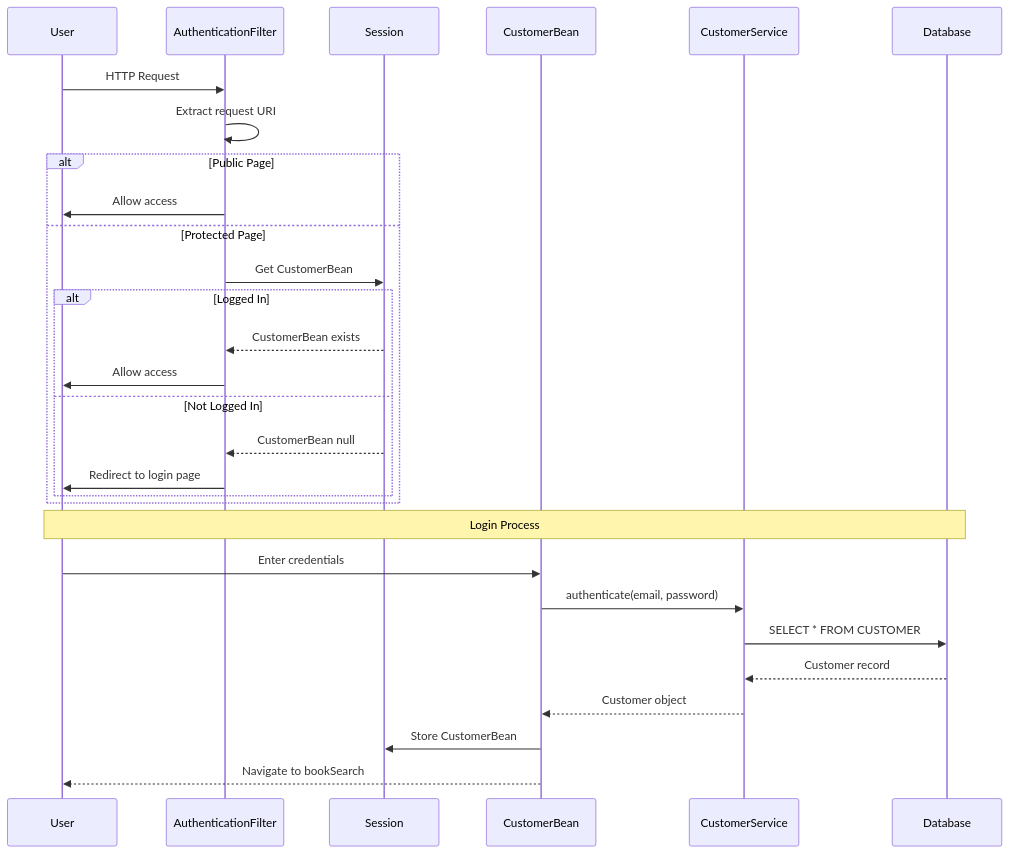
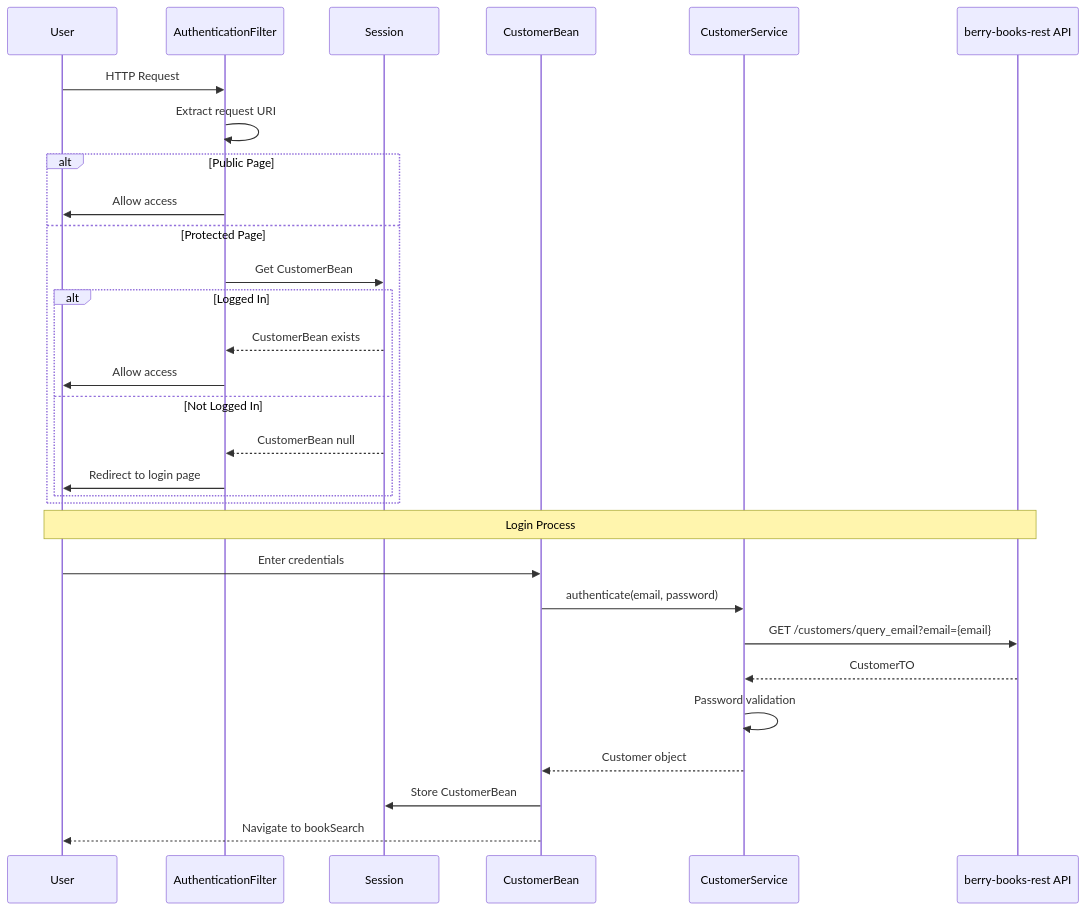
Before and after one commit to KenyaSaitoh/ai_dev_training_202512: the ninth of 13 diagrams in projects/java/berry-books-mvc-sdd/specs/baseline/system/architecture_design.md, drawn with Mermaid. The commit also changed other lines of this file and 365 other files, not shown here.

````diff
--- a/projects/java/berry-books-mvc-sdd/specs/baseline/system/architecture_design.md
+++ b/projects/java/berry-books-mvc-sdd/specs/baseline/system/architecture_design.md
@@ -415,34 +432,35 @@
 ```mermaid
 sequenceDiagram
     participant User
     participant Filter as AuthenticationFilter
     participant Session
     participant Bean as CustomerBean
     participant Service as CustomerService
-    participant DB as Database
+    participant RestAPI as berry-books-rest API
     
     User->>Filter: HTTP Request
     Filter->>Filter: Extract request URI
     
     alt Public Page
         Filter->>User: Allow access
     else Protected Page
         Filter->>Session: Get CustomerBean
         alt Logged In
             Session-->>Filter: CustomerBean exists
             Filter->>User: Allow access
         else Not Logged In
             Session-->>Filter: CustomerBean null
             Filter->>User: Redirect to login page
         end
     end
     
-    Note over User,DB: Login Process
+    Note over User,RestAPI: Login Process
     User->>Bean: Enter credentials
     Bean->>Service: authenticate(email, password)
-    Service->>DB: SELECT * FROM CUSTOMER
-    DB-->>Service: Customer record
+    Service->>RestAPI: GET /customers/query_email?email={email}
+    RestAPI-->>Service: CustomerTO
+    Service->>Service: Password validation
     Service-->>Bean: Customer object
     Bean->>Session: Store CustomerBean
     Bean-->>User: Navigate to bookSearch
 ```
````
